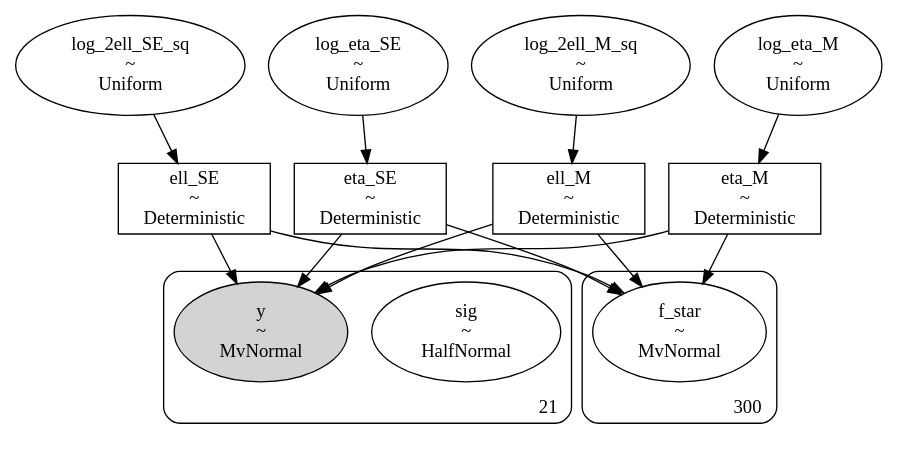
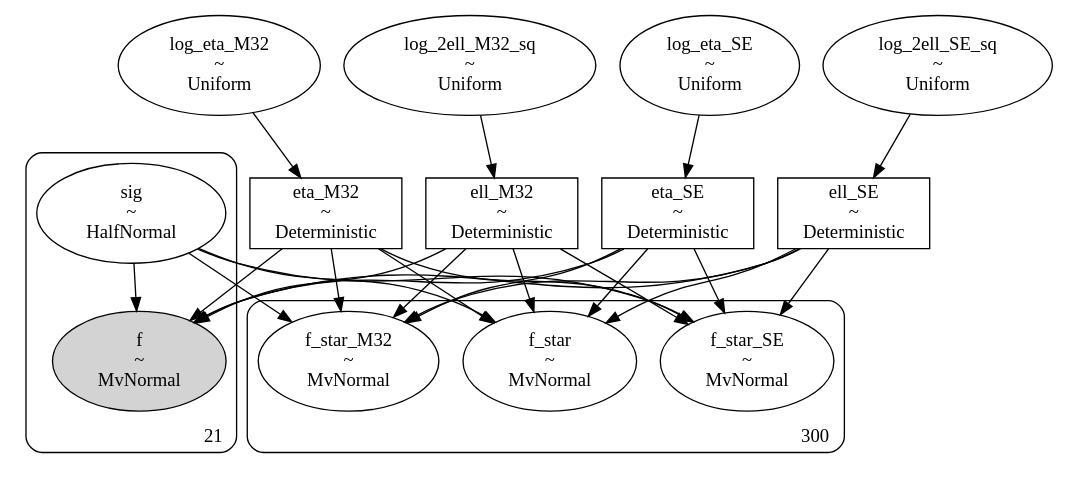
One commit to shihchingfu/gp-sandbox-thunderkat changed the diagram in dags/428_ra236.530_dec-46.922_4U1543TraPDB_andersson_gpSE_gpM32_dag.dot. Above: the diagram before and after it, drawn with Graphviz. The commit also changed 10 other files, not shown here.

```diff
--- a/dags/428_ra236.530_dec-46.922_4U1543TraPDB_andersson_gpSE_gpM32_dag.dot
+++ b/dags/428_ra236.530_dec-46.922_4U1543TraPDB_andersson_gpSE_gpM32_dag.dot
@@ -1,53 +1,71 @@
 digraph {
-	log_eta_M [label="log_eta_M
+	eta_SE [label="eta_SE
 ~
-Uniform" shape=ellipse]
-	log_eta_SE [label="log_eta_SE
+Deterministic" shape=box]
+	log_2ell_SE_sq [label="log_2ell_SE_sq
 ~
 Uniform" shape=ellipse]
 	ell_SE [label="ell_SE
 ~
 Deterministic" shape=box]
-	eta_SE [label="eta_SE
+	log_2ell_M32_sq [label="log_2ell_M32_sq
+~
+Uniform" shape=ellipse]
+	log_eta_M32 [label="log_eta_M32
+~
+Uniform" shape=ellipse]
+	eta_M32 [label="eta_M32
 ~
 Deterministic" shape=box]
-	ell_M [label="ell_M
+	ell_M32 [label="ell_M32
 ~
 Deterministic" shape=box]
-	eta_M [label="eta_M
-~
-Deterministic" shape=box]
-	log_2ell_SE_sq [label="log_2ell_SE_sq
-~
-Uniform" shape=ellipse]
-	log_2ell_M_sq [label="log_2ell_M_sq
+	log_eta_SE [label="log_eta_SE
 ~
 Uniform" shape=ellipse]
 	subgraph cluster21 {
+		f [label="f
+~
+MvNormal" shape=ellipse style=filled]
 		sig [label="sig
 ~
 HalfNormal" shape=ellipse]
-		y [label="y
-~
-MvNormal" shape=ellipse style=filled]
 		label=21 labeljust=r labelloc=b style=rounded
 	}
 	subgraph cluster300 {
 		f_star [label="f_star
 ~
 MvNormal" shape=ellipse]
+		f_star_M32 [label="f_star_M32
+~
+MvNormal" shape=ellipse]
+		f_star_SE [label="f_star_SE
+~
+MvNormal" shape=ellipse]
 		label=300 labeljust=r labelloc=b style=rounded
 	}
 	log_2ell_SE_sq -> ell_SE
-	log_2ell_M_sq -> ell_M
 	log_eta_SE -> eta_SE
-	log_eta_M -> eta_M
-	eta_SE -> y
-	ell_M -> y
-	eta_M -> y
-	ell_SE -> y
+	log_2ell_M32_sq -> ell_M32
+	log_eta_M32 -> eta_M32
+	eta_SE -> f
+	ell_SE -> f
+	sig -> f
+	eta_M32 -> f
+	ell_M32 -> f
+	eta_SE -> f_star_SE
+	ell_SE -> f_star_SE
+	sig -> f_star_SE
+	eta_M32 -> f_star_SE
+	ell_M32 -> f_star_SE
+	eta_SE -> f_star_M32
+	ell_SE -> f_star_M32
+	sig -> f_star_M32
+	eta_M32 -> f_star_M32
+	ell_M32 -> f_star_M32
 	eta_SE -> f_star
-	ell_M -> f_star
-	eta_M -> f_star
 	ell_SE -> f_star
+	sig -> f_star
+	eta_M32 -> f_star
+	ell_M32 -> f_star
 }
```
